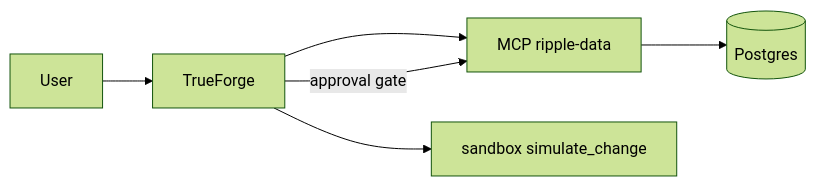
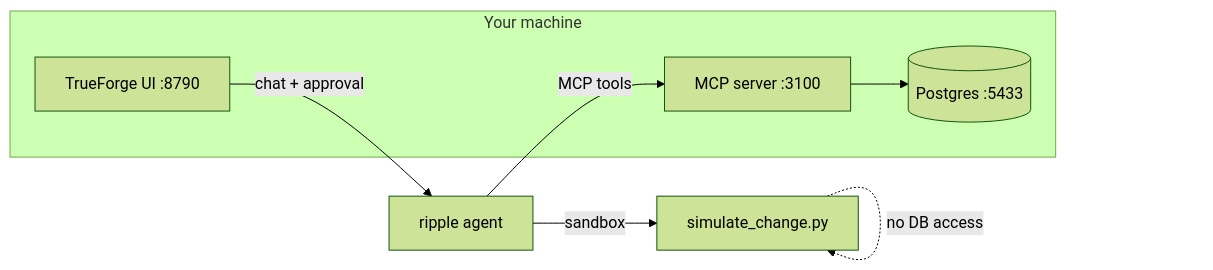
The third of 4 diagrams in README.md (maannaan/Ripple), drawn with Mermaid (forest theme) before and after one commit. The commit also changed other lines of this file and 3 other files, not shown here.

First line of the commit message:
Docs: stranger-friendly README with diagrams and video scripts.

````diff
--- a/README.md
+++ b/README.md
@@ -66,8 +111,14 @@
 ```mermaid
 flowchart LR
-  User --> TrueForge
-  TrueForge --> MCP[MCP ripple-data]
-  TrueForge --> Sandbox[sandbox simulate_change]
-  MCP --> Postgres[(Postgres)]
-  TrueForge -->|approval gate| MCP
+  subgraph browser [Your machine]
+    TF[TrueForge UI :8790]
+    MCP[MCP server :3100]
+    Docker[(Postgres :5433)]
+  end
+
+  TF -->|chat + approval| Agent[ripple agent]
+  Agent -->|MCP tools| MCP
+  Agent -->|sandbox| Sim[simulate_change.py]
+  MCP --> Docker
+  Sim -.->|no DB access| Sim
 ```
````
